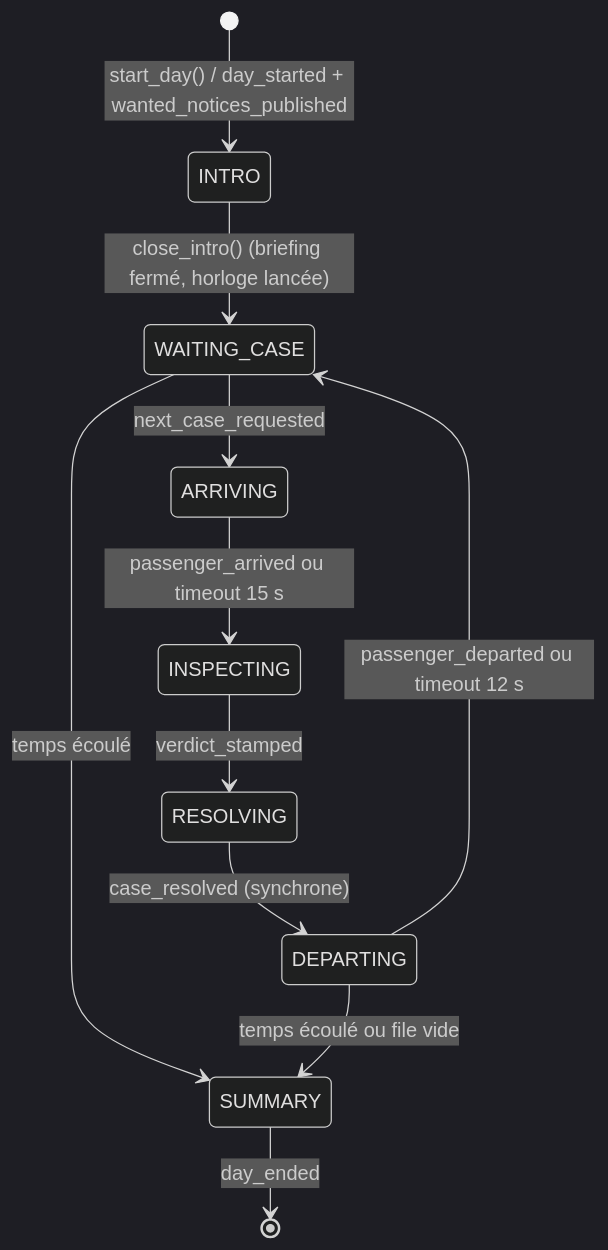
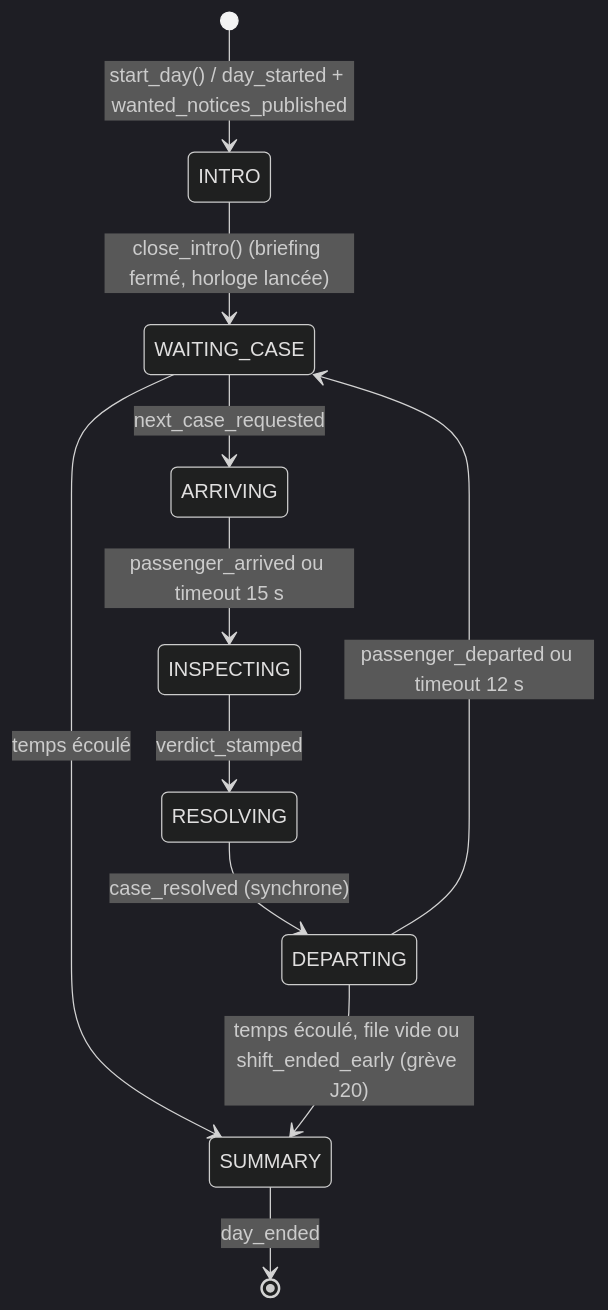
Before and after one commit to fs0ciety7000/clearance: the fourth of 4 diagrams in docs/ARCHITECTURE.md, drawn with Mermaid (dark theme). The commit also changed other lines of this file, not shown here.

First line of the commit message:
ARCHITECTURE rév. 3.4 : documentation de l'Acte II (règles, signaux, contrat UI M8, sauvegarde v4, outils)

````diff
--- a/docs/ARCHITECTURE.md
+++ b/docs/ARCHITECTURE.md
@@ -465,13 +499,13 @@
 ```mermaid
 stateDiagram-v2
     [*] --> INTRO : start_day() / day_started + wanted_notices_published
     INTRO --> WAITING_CASE : close_intro() (briefing fermé, horloge lancée)
     WAITING_CASE --> ARRIVING : next_case_requested
     WAITING_CASE --> SUMMARY : temps écoulé
     ARRIVING --> INSPECTING : passenger_arrived ou timeout 15 s
     INSPECTING --> RESOLVING : verdict_stamped
     RESOLVING --> DEPARTING : case_resolved (synchrone)
     DEPARTING --> WAITING_CASE : passenger_departed ou timeout 12 s
-    DEPARTING --> SUMMARY : temps écoulé ou file vide
+    DEPARTING --> SUMMARY : temps écoulé, file vide ou shift_ended_early (grève J20)
     SUMMARY --> [*] : day_ended
 ```
````
